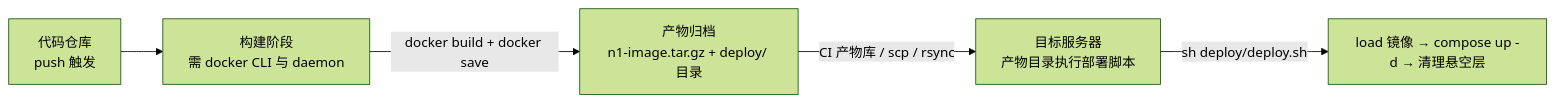
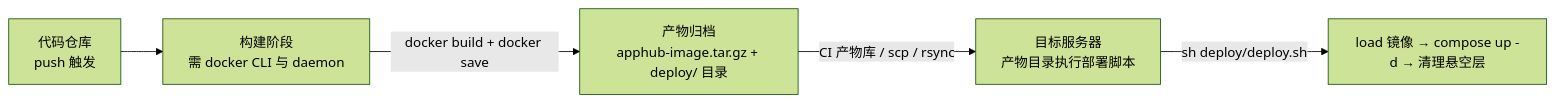
Before and after one commit to Harley-xk/apphub: the third of 3 diagrams in docs/指南/Docker打包与部署指南.md, drawn with Mermaid (forest theme). The commit also changed other lines of this file and 12 other files, not shown here.

````diff
--- a/docs/指南/Docker打包与部署指南.md
+++ b/docs/指南/Docker打包与部署指南.md
@@ -82,7 +82,7 @@
 ```mermaid
 flowchart LR
     Repo["代码仓库<br/>push 触发"] --> Build["构建阶段<br/>需 docker CLI 与 daemon"]
-    Build -->|"docker build + docker save"| Artifact["产物归档<br/>n1-image.tar.gz + deploy/ 目录"]
+    Build -->|"docker build + docker save"| Artifact["产物归档<br/>apphub-image.tar.gz + deploy/ 目录"]
     Artifact -->|"CI 产物库 / scp / rsync"| Deploy["目标服务器<br/>产物目录执行部署脚本"]
     Deploy -->|"sh deploy/deploy.sh"| Done["load 镜像 → compose up -d → 清理悬空层"]
 ```
````
